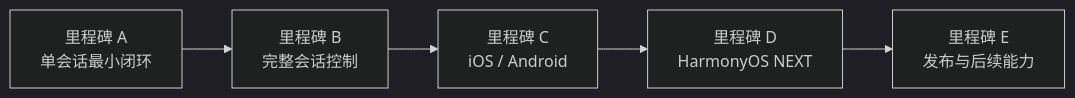
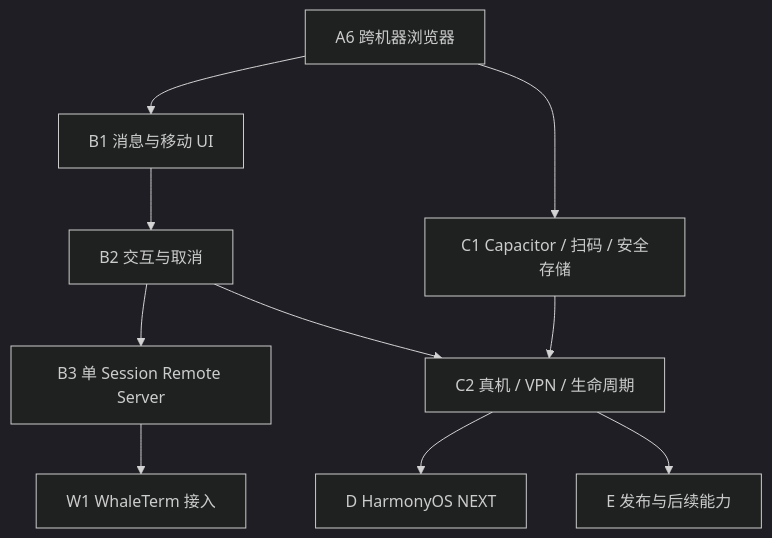
The fourth of 4 diagrams in REQUIREMENTS.md (tea4go/claude-mobile-remote), drawn with Mermaid (dark theme) before and after one commit. The commit also changed other lines of this file and 6 other files, not shown here.

Commit message:
docs: simplify session remote roadmap

````diff
--- a/REQUIREMENTS.md
+++ b/REQUIREMENTS.md
@@ -139,7 +145,12 @@
 ```mermaid
-flowchart LR
-    A["里程碑 A<br/>单会话最小闭环"] --> B["里程碑 B<br/>完整会话控制"]
-    B --> C["里程碑 C<br/>iOS / Android"]
-    C --> D["里程碑 D<br/>HarmonyOS NEXT"]
-    D --> E["里程碑 E<br/>发布与后续能力"]
+flowchart TD
+    A["A6 跨机器浏览器"] --> B1["B1 消息与移动 UI"]
+    B1 --> B2["B2 交互与取消"]
+    B2 --> B3["B3 单 Session Remote Server"]
+    A --> C1["C1 Capacitor / 扫码 / 安全存储"]
+    B2 --> C2["C2 真机 / VPN / 生命周期"]
+    C1 --> C2
+    B3 --> W["W1 WhaleTerm 接入"]
+    C2 --> D["D HarmonyOS NEXT"]
+    C2 --> E["E 发布与后续能力"]
 ```
````
